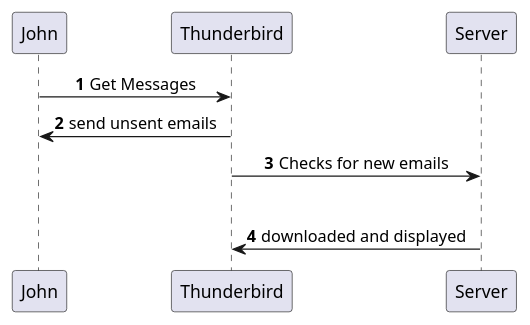
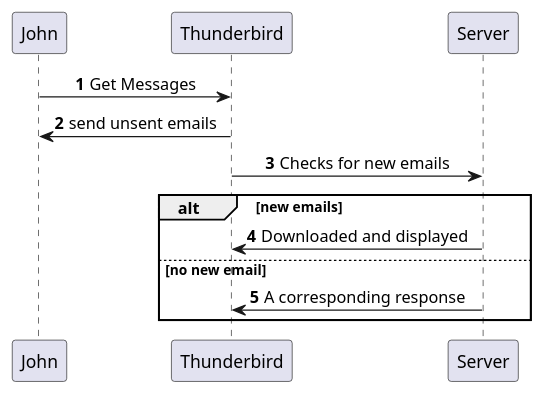
One commit to Anxiu0101/Semester4LectureNotes changed the diagram in CS335FZ-Software-Engineering-Software-Process/FinalExam/AUTUMN 2019 EXAMINATION.md. Above: the diagram before and after it, drawn with PlantUML.

Commit message:
vault backup: 2022-06-19 09:49:55

````diff
--- a/CS335FZ-Software-Engineering-Software-Process/FinalExam/AUTUMN 2019 EXAMINATION.md
+++ b/CS335FZ-Software-Engineering-Software-Process/FinalExam/AUTUMN 2019 EXAMINATION.md
@@ -33,9 +33,12 @@
 ```puml
 skinparam sequenceMessageAlign center
 autonumber
 John -> Thunderbird: Get Messages
 Thunderbird -> John: send unsent emails
 Thunderbird -> Server: Checks for new emails
 alt new emails
-Server -> Thunderbird: downloaded and displayed
+	Server -> Thunderbird: Downloaded and displayed
+else no new email
+	Server -> Thunderbird: A corresponding response
+end
 ```
````
